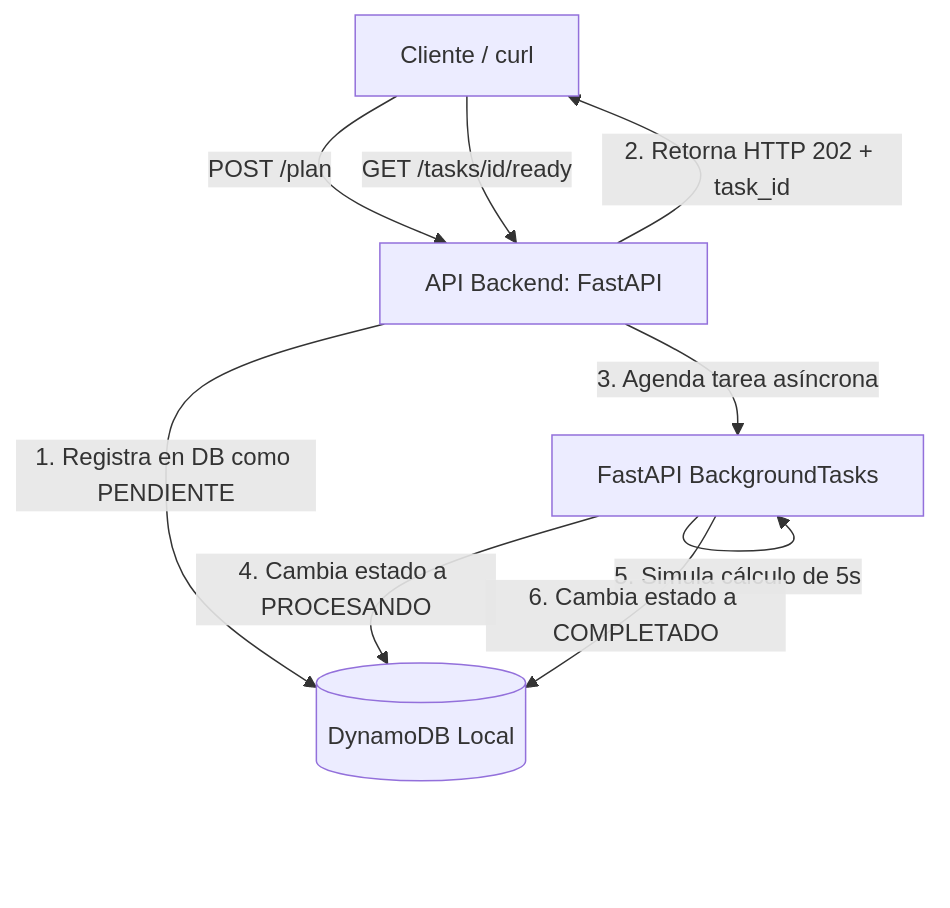
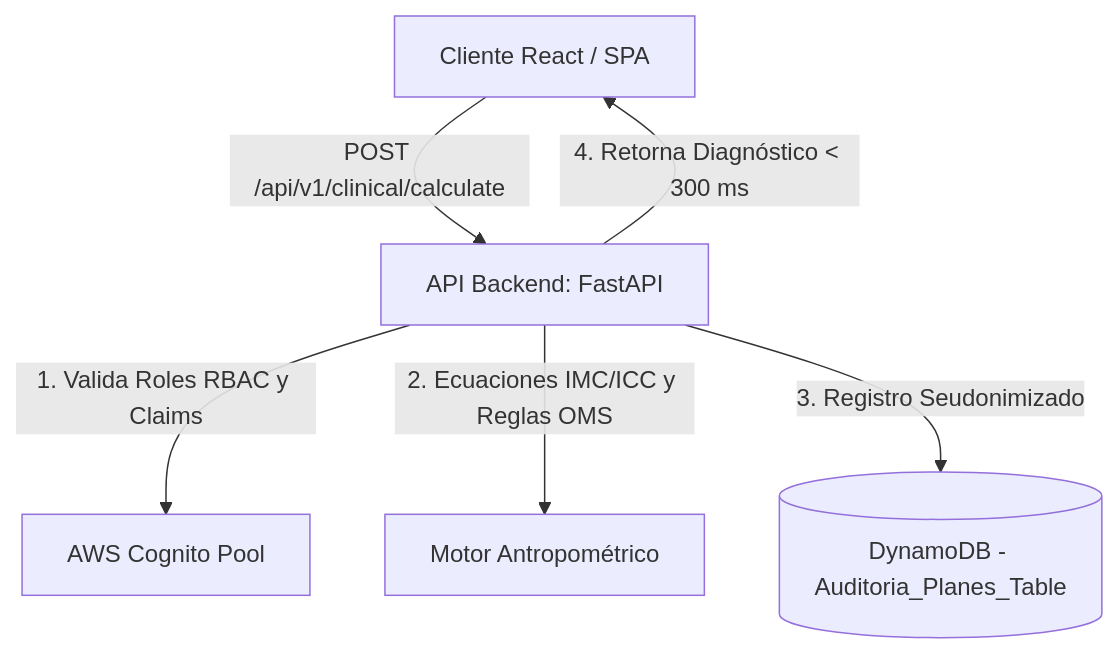
The diagram in README.md (FrancisJaramilloC/Sistema-Estudiantes-Nutricion), drawn with Mermaid before and after one commit. The commit also changed other lines of this file and 11 other files, not shown here.

Commit message:
Desacoplamiento de AWS e Integracion Motor ICC

````diff
--- a/README.md
+++ b/README.md
@@ -12,11 +13,8 @@
 ```mermaid
 graph TD
-    Client[Cliente / curl] -->|POST /plan| API[API Backend: FastAPI]
-    API -->|1. Registra en DB como PENDIENTE| DB[(DynamoDB Local)]
-    API -->|2. Retorna HTTP 202 + task_id| Client
-    API -->|3. Agenda tarea asíncrona| BG[FastAPI BackgroundTasks]
-    BG -->|4. Cambia estado a PROCESANDO| DB
-    BG -->|5. Simula cálculo de 5s| BG
-    BG -->|6. Cambia estado a COMPLETADO| DB
-    Client -->|GET /tasks/id/ready| API
+    Client[Cliente React / SPA] -->|POST /api/v1/clinical/calculate| API[API Backend: FastAPI]
+    API -->|1. Valida Roles RBAC y Claims| Cognito[AWS Cognito Pool]
+    API -->|2. Ecuaciones IMC/ICC y Reglas OMS| Engine[Motor Antropométrico]
+    API -->|3. Registro Seudonimizado| DB[(DynamoDB - Auditoria_Planes_Table)]
+    API -->|4. Retorna Diagnóstico < 300 ms| Client
 ```
````
